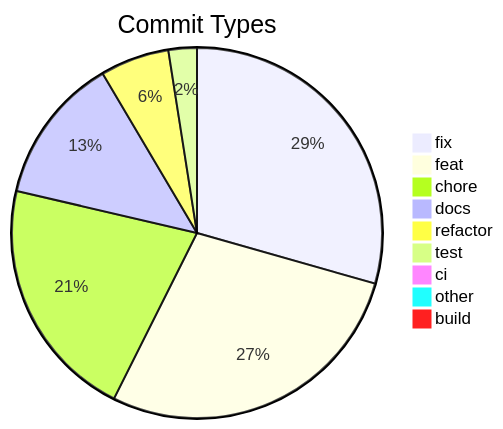
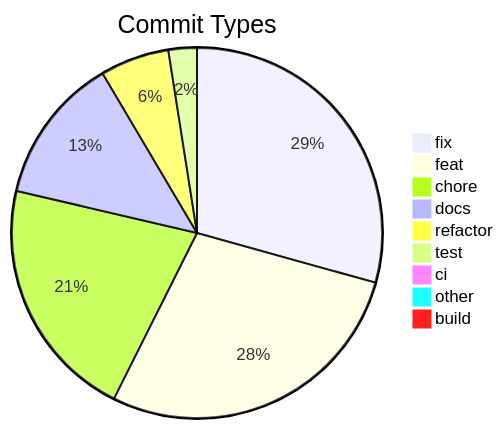
Before and after one commit to svenroth-ai/shipwright: the diagram in .shipwright/compliance/change-history.md, drawn with Mermaid. The commit also changed other lines of this file and 35 other files, not shown here.

````diff
--- a/.shipwright/compliance/change-history.md
+++ b/.shipwright/compliance/change-history.md
@@ -8,12 +8,12 @@
 ```mermaid
 pie title Commit Types
-    "fix" : 332
-    "feat" : 316
+    "fix" : 331
+    "feat" : 317
     "chore" : 240
     "docs" : 145
     "refactor" : 68
     "test" : 28
     "ci" : 11
     "other" : 9
     "build" : 1
 ```
````
